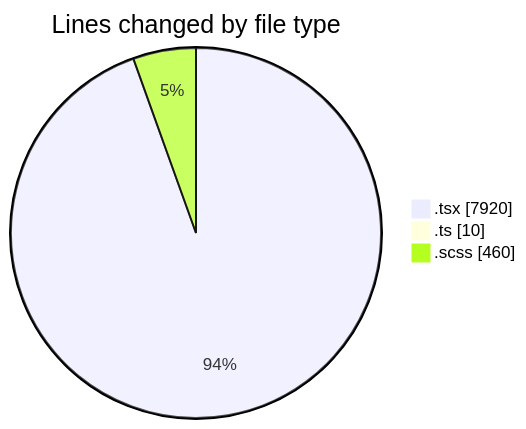
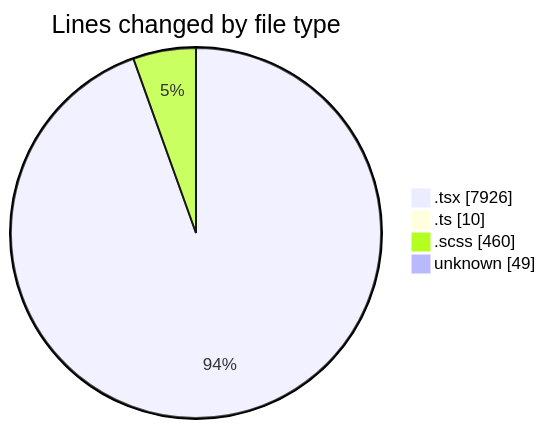
The first of 2 diagrams in 2025-11-17/cda/README.md (momahboobian/code-tracking), drawn with Mermaid before and after one commit. The commit also changed other lines of this file and 1 other file, not shown here.

````diff
--- a/2025-11-17/cda/README.md
+++ b/2025-11-17/cda/README.md
@@ -34,7 +35,8 @@
 ```mermaid
 pie showData
 title Lines changed by file type
-".tsx" : 7920
+".tsx" : 7926
 ".ts" : 10
 ".scss" : 460
+"unknown" : 49
 ```
````
